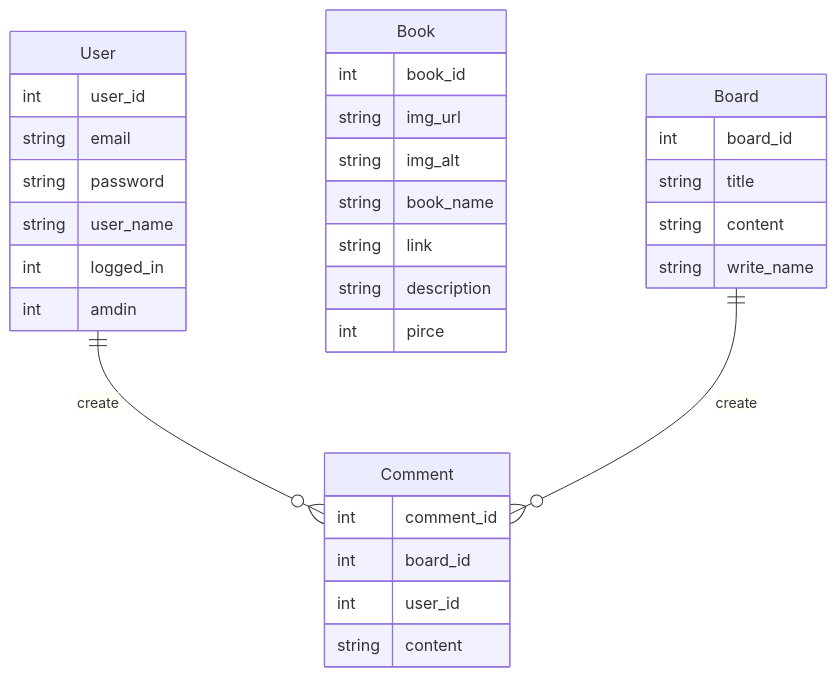
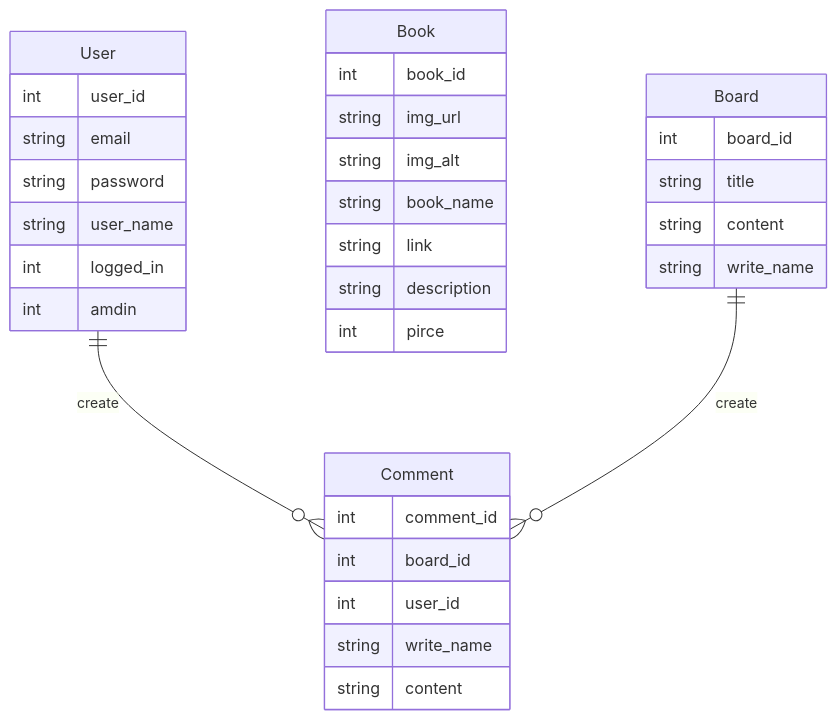
Before and after one commit to Jaeun-Choi98/dohyeong: the first of 3 diagrams in README.md, drawn with Mermaid. The commit also changed other lines of this file and 11 other files, not shown here.

````diff
--- a/README.md
+++ b/README.md
@@ -41,37 +41,38 @@
 ```mermaid
 erDiagram
 	User ||--o{ Comment:create
   User{
 		int user_id
 		string email
 		string password
 		string user_name
 		int logged_in
 		int amdin
 	}
 	Book
 	Book{
 		int book_id
 		string img_url
 		string img_alt
 		string book_name
 		string link
 		string description
 		int pirce
 	}
 	Board ||--o{ Comment:create
 	Board {
 		int board_id
 		string title
 		string content
 		string write_name
   }
 	Comment
 	Comment{
 		int comment_id
 		int board_id
 		int user_id
+		string write_name
 		string content
 	}
 
 ```
````
